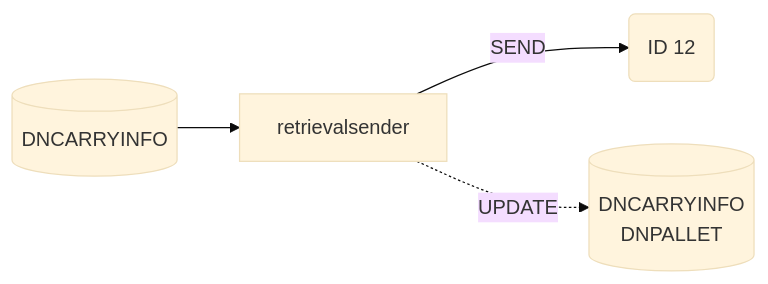
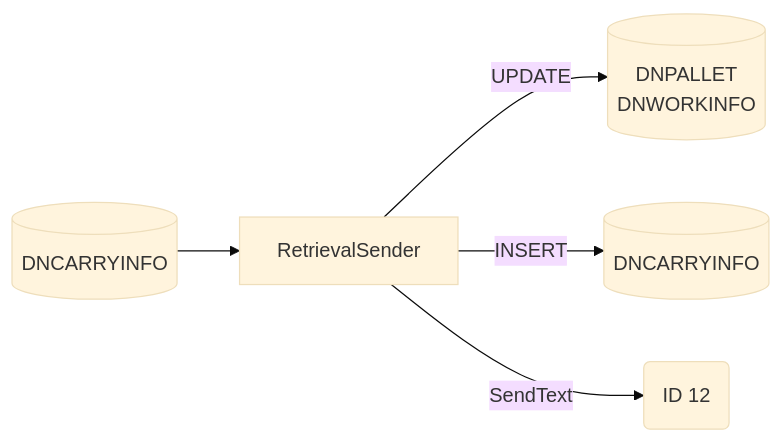
Before and after one commit to luthfiadityaa/SimeDarby-Wiki: the sixth of 22 diagrams in Basic-Design/DFD-WMS/Inventory-Check/Inventory-Check-from-Ambient-Area.md, drawn with Mermaid (base theme). The commit also changed other lines of this file, not shown here.

```diff
--- a/Basic-Design/DFD-WMS/Inventory-Check/Inventory-Check-from-Ambient-Area.md
+++ b/Basic-Design/DFD-WMS/Inventory-Check/Inventory-Check-from-Ambient-Area.md
@@ -246,19 +246,24 @@
 ::: mermaid
 flowchart LR
 
 retrievalsender-input[("
 DNCARRYINFO
 ")]
 
 retrievalsender-update[("
+DNPALLET
+DNWORKINFO
+")]
+
+retrievalsender-insert[("
 DNCARRYINFO
-DNPALLET
 ")]
 
 id12msg("
 ID 12
 ")
 
-retrievalsender--SEND-->id12msg
-retrievalsender-input-->retrievalsender-.UPDATE.->retrievalsender-update
+retrievalsender-input-->RetrievalSender--> |UPDATE| retrievalsender-update
+RetrievalSender--> |INSERT| retrievalsender-insert
+RetrievalSender--> |SendText| id12msg
 :::
```
